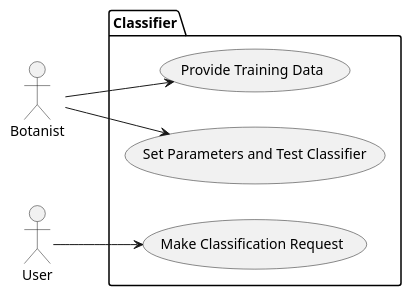
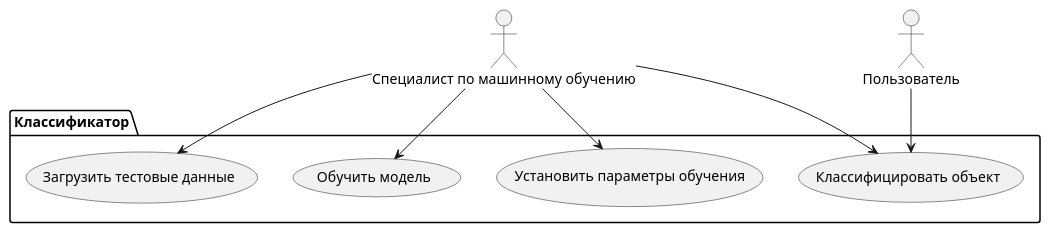
The diagram in checkpoints/1/context.puml (heazzed/oop-in-web), drawn with PlantUML before and after one commit. The commit also changed 6 other files, not shown here.

Commit message:
add draft diagrams

```diff
--- a/checkpoints/1/context.puml
+++ b/checkpoints/1/context.puml
@@ -1,20 +1,21 @@
 @startuml
-'context'
+'context-view'
 
-left to right direction
-skinparam monochrome true
-skinparam handwritten false
-skinparam shadowing false
-
-actor Botanist as b
-actor User as u
-package Classifier {
-  usecase "Provide Training Data" as UC1
-  usecase "Set Parameters and Test Classifier" as UC2
-  usecase "Make Classification Request" as UC3
+package Классификатор{
+  usecase "Установить параметры обучения" as set_params
+  usecase "Обучить модель" as train_model
+  usecase "Загрузить тестовые данные" as set_test_data
+  usecase "Классифицировать объект" as classify_object
 }
 
-b --> UC1
-b --> UC2
-u --> UC3
+actor "Специалист по машинному обучению" as specialist
+actor "Пользователь" as user
+
+specialist --> set_test_data
+specialist --> set_params
+specialist --> train_model
+specialist --> classify_object
+
+
+user --> classify_object
 @enduml
```
